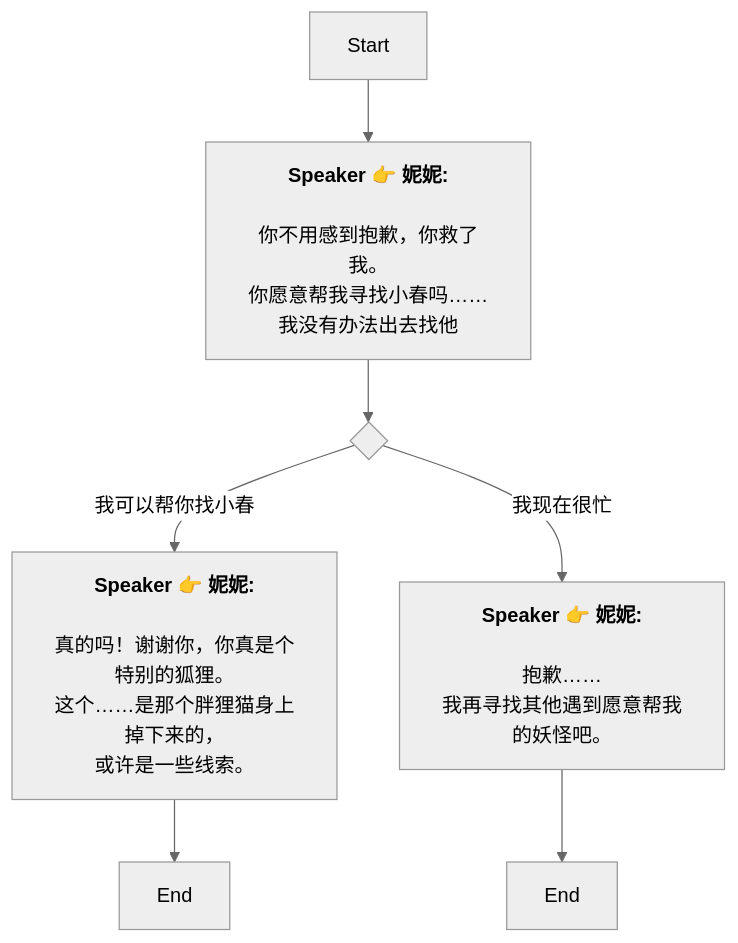
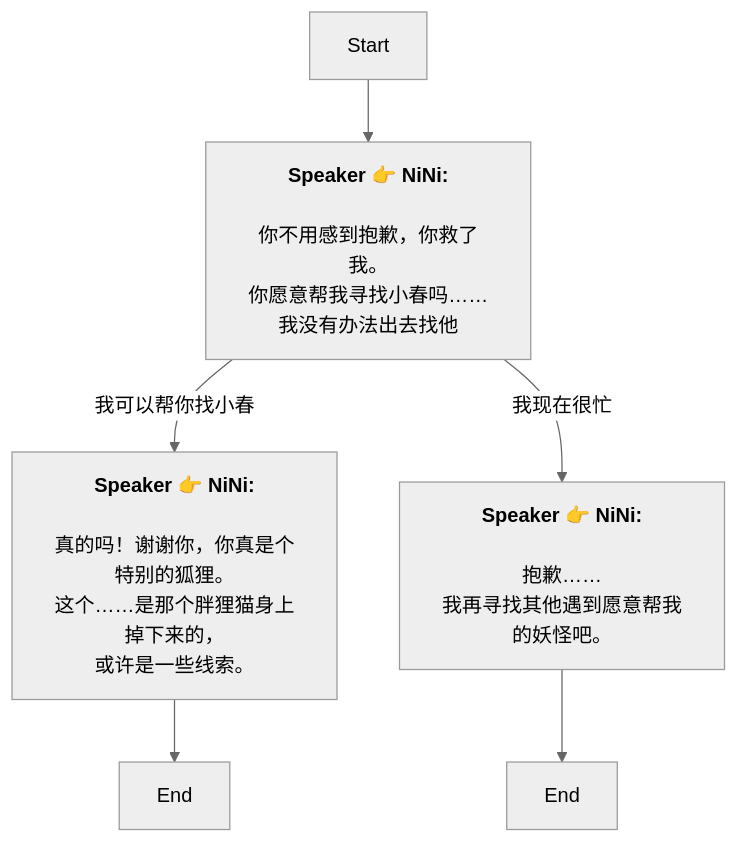
The diagram in Zh/QuestTalkObjectiveNode_1766057078316798.md (SoftHu/tos_avg), drawn with Mermaid (neutral theme) before and after one commit. The commit also changed 737 other files, not shown here.

````diff
--- a/Zh/QuestTalkObjectiveNode_1766057078316798.md
+++ b/Zh/QuestTalkObjectiveNode_1766057078316798.md
@@ -1,21 +1,15 @@
 ```mermaid
 graph
-Start -->1766057153915679[<b>Speaker 👉 妮妮:</b>
-
-你不用感到抱歉，你救了我。
-你愿意帮我寻找小春吗……
+Start -->1766057153915679[<b>Speaker 👉 NiNi:</b>
+\n你不用感到抱歉，你救了我。\n你愿意帮我寻找小春吗……
 我没有办法出去找他]
-1766057153915679 -->1766057153916706{ }
-1766057153916706 -->|我可以帮你找小春|1766057153914653[<b>Speaker 👉 妮妮:</b>
-
-真的吗！谢谢你，你真是个特别的狐狸。
-这个……是那个胖狸猫身上掉下来的，
+1766057153915679 -->|我可以帮你找小春|1766057153914653[<b>Speaker 👉 NiNi:</b>
+\n真的吗！谢谢你，你真是个特别的狐狸。\n这个……是那个胖狸猫身上掉下来的，
 或许是一些线索。]
-1766057153916706 -->|我现在很忙|1766057153917731[<b>Speaker 👉 妮妮:</b>
-
-抱歉……
+1766057153915679 -->|我现在很忙|1766057153917731[<b>Speaker 👉 NiNi:</b>
+\n抱歉……
 我再寻找其他遇到愿意帮我的妖怪吧。]
 1766057153914653 -->1766057153914654[End]
 1766057153917731 -->1766057153918756[End]
 
- ```
+```
````
